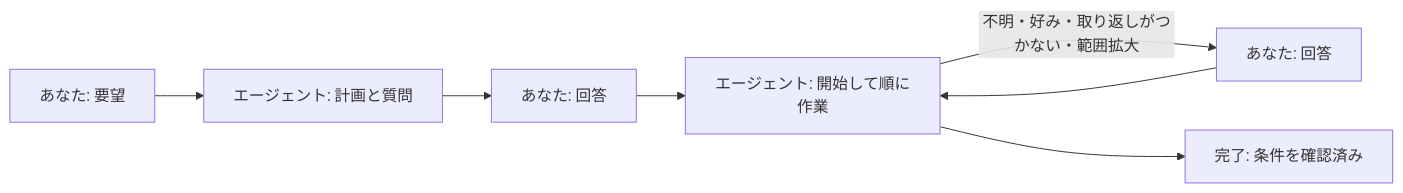
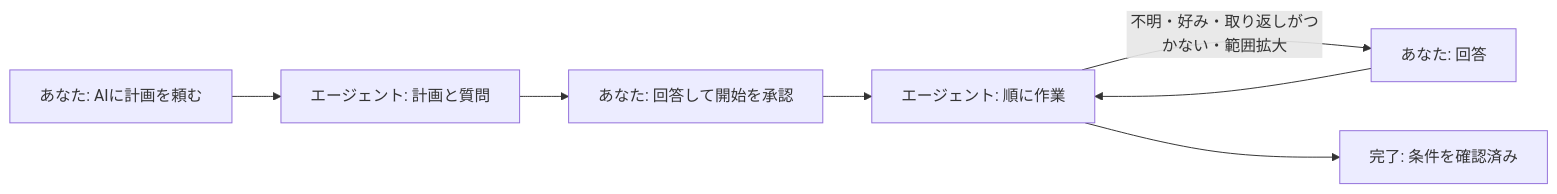
The diagram in docs/ja/guide/index.md (FooQoo/agent-project), drawn with Mermaid before and after one commit. The commit also changed other lines of this file and 3 other files, not shown here.

````diff
--- a/docs/ja/guide/index.md
+++ b/docs/ja/guide/index.md
@@ -45,9 +44,9 @@
 ```mermaid
 flowchart LR
-    R["あなた: 要望"] --> P["エージェント: 計画と質問"]
-    P --> A["あなた: 回答"]
-    A --> W["エージェント: 開始して順に作業"]
+    R["あなた: AIに計画を頼む"] --> P["エージェント: 計画と質問"]
+    P --> A["あなた: 回答して開始を承認"]
+    A --> W["エージェント: 順に作業"]
     W -- "不明・好み・取り返しがつかない・範囲拡大" --> Q["あなた: 回答"]
     Q --> W
     W --> D["完了: 条件を確認済み"]
 ```
````
